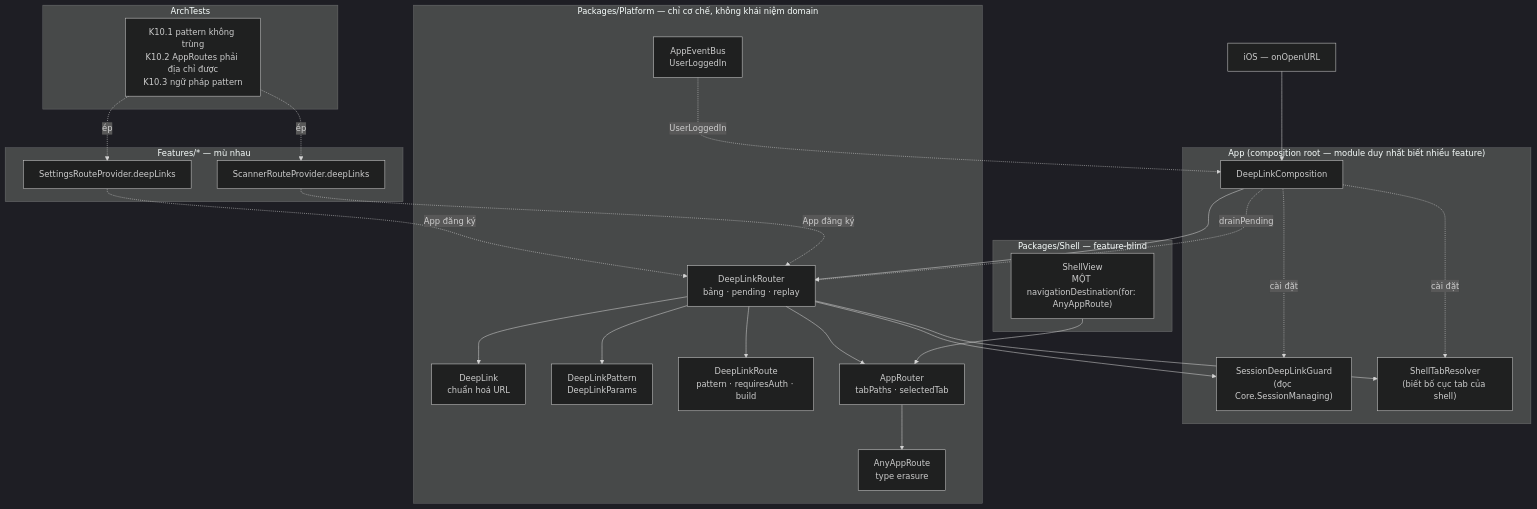
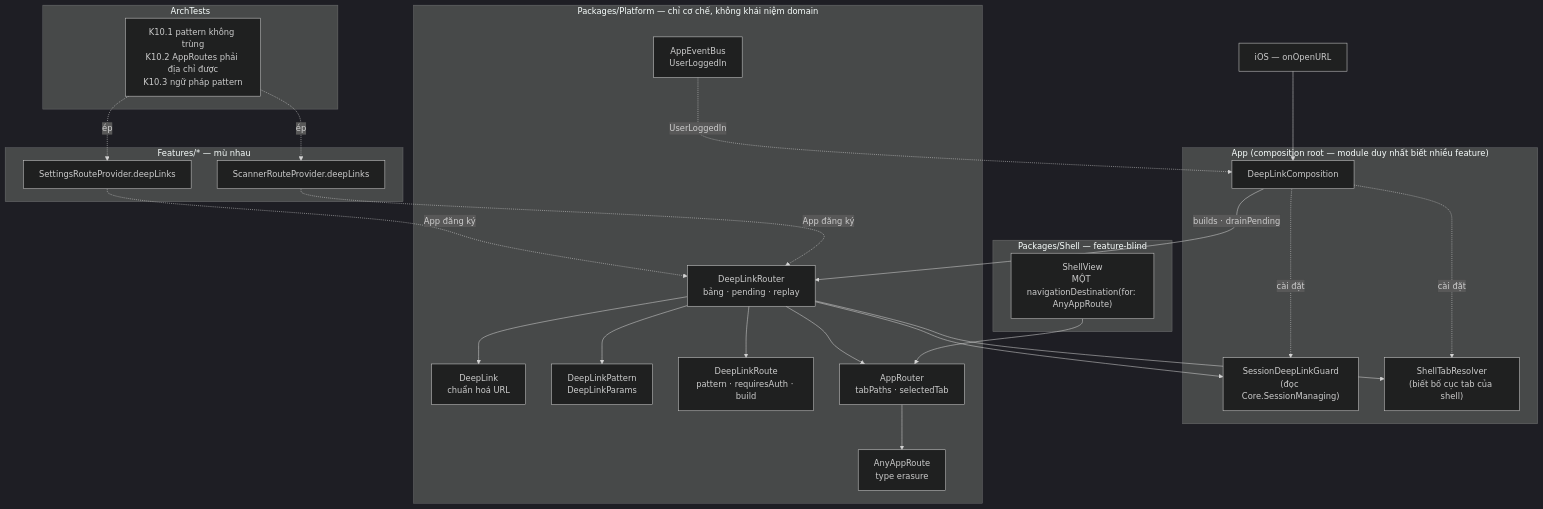
One commit to DanhDue/ios_digital_wallet changed the first of 3 diagrams in .devtool/epic/ios_deeplink_router/ios_deeplink_router.vi.md. Above: the diagram before and after it, drawn with Mermaid (dark theme). The commit also changed other lines of this file and 2 other files, not shown here.

First line of the commit message:
[DEEPLINK_ROUTER] Sync HLD after AnyAppRoute erasure.

````diff
--- a/.devtool/epic/ios_deeplink_router/ios_deeplink_router.vi.md
+++ b/.devtool/epic/ios_deeplink_router/ios_deeplink_router.vi.md
@@ -87,51 +87,50 @@
 ```mermaid
-graph TD
+flowchart TD
     OS["iOS — onOpenURL"] --> APP
 
     subgraph AppLayer["App (composition root — module duy nhất biết nhiều feature)"]
         APP["DeepLinkComposition"]
         GUARD["SessionDeepLinkGuard<br/>(đọc Core.SessionManaging)"]
         TABS["ShellTabResolver<br/>(biết bố cục tab của shell)"]
     end
 
     subgraph Platform["Packages/Platform — chỉ cơ chế, không khái niệm domain"]
         DLR["DeepLinkRouter<br/>bảng · pending · replay"]
         DL["DeepLink<br/>chuẩn hoá URL"]
         PAT["DeepLinkPattern<br/>DeepLinkParams"]
         ROUTE["DeepLinkRoute<br/>pattern · requiresAuth · build"]
         AAR["AnyAppRoute<br/>type erasure"]
         AR["AppRouter<br/>tabPaths · selectedTab"]
         BUS["AppEventBus<br/>UserLoggedIn"]
     end
 
     subgraph Shell["Packages/Shell — feature-blind"]
         SV["ShellView<br/>MỘT navigationDestination(for: AnyAppRoute)"]
     end
 
     subgraph Features["Features/* — mù nhau"]
         SET["SettingsRouteProvider.deepLinks"]
         SCAN["ScannerRouteProvider.deepLinks"]
     end
 
-    APP --> DLR
     APP -.cài đặt.-> GUARD
     APP -.cài đặt.-> TABS
     DLR --> GUARD
     DLR --> TABS
     DLR --> DL
     DLR --> PAT
     DLR --> ROUTE
     DLR --> AR
     AR --> AAR
     SV --> AR
     SET -.App đăng ký.-> DLR
     SCAN -.App đăng ký.-> DLR
     BUS -.UserLoggedIn.-> APP
-    APP -.drainPending.-> DLR
+    APP -->|builds · drainPending| DLR
 
     subgraph Gate["ArchTests"]
         K10["K10.1 pattern không trùng<br/>K10.2 AppRoutes phải địa chỉ được<br/>K10.3 ngữ pháp pattern"]
     end
     K10 -.ép.-> SET
     K10 -.ép.-> SCAN
 ```
````
